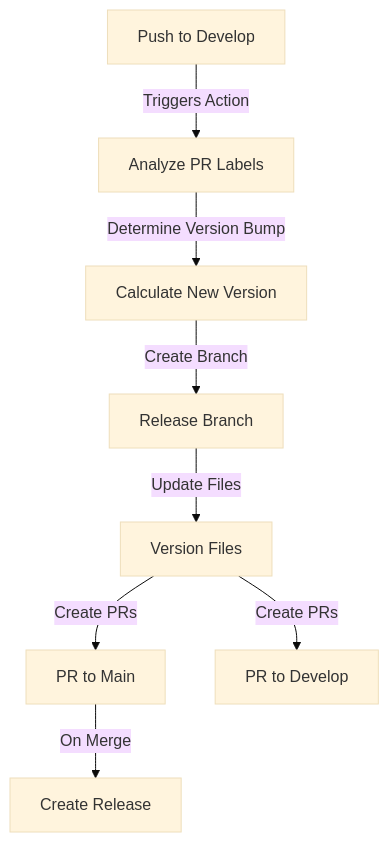
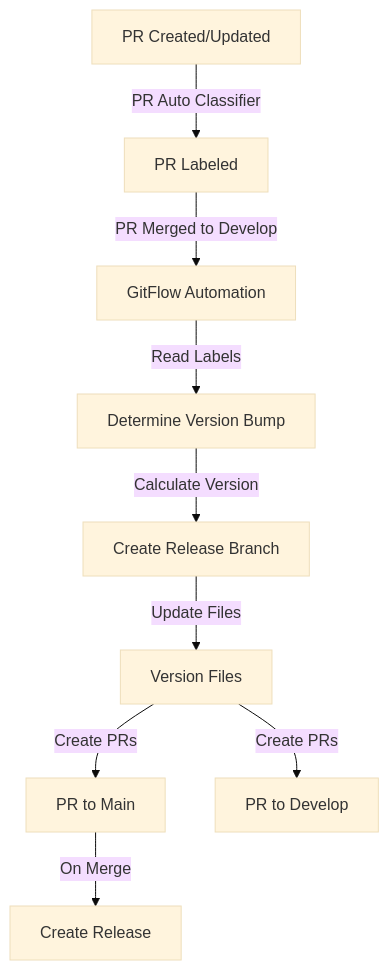
The diagram in README.md (raultoto/gitflow_automation), drawn with Mermaid (base theme) before and after one commit. The commit also changed other lines of this file, not shown here.

````diff
--- a/README.md
+++ b/README.md
@@ -59,10 +59,11 @@
 ```mermaid
 graph TD
-    A[Push to Develop] -->|Triggers Action| B[Analyze PR Labels]
-    B -->|Determine Version Bump| C[Calculate New Version]
-    C -->|Create Branch| D[Release Branch]
-    D -->|Update Files| E[Version Files]
-    E -->|Create PRs| F[PR to Main]
-    E -->|Create PRs| G[PR to Develop]
-    F -->|On Merge| H[Create Release]
+    A[PR Created/Updated] -->|PR Auto Classifier| B[PR Labeled]
+    B -->|PR Merged to Develop| C[GitFlow Automation]
+    C -->|Read Labels| D[Determine Version Bump]
+    D -->|Calculate Version| E[Create Release Branch]
+    E -->|Update Files| F[Version Files]
+    F -->|Create PRs| G[PR to Main]
+    F -->|Create PRs| H[PR to Develop]
+    G -->|On Merge| I[Create Release]
 ```
````
